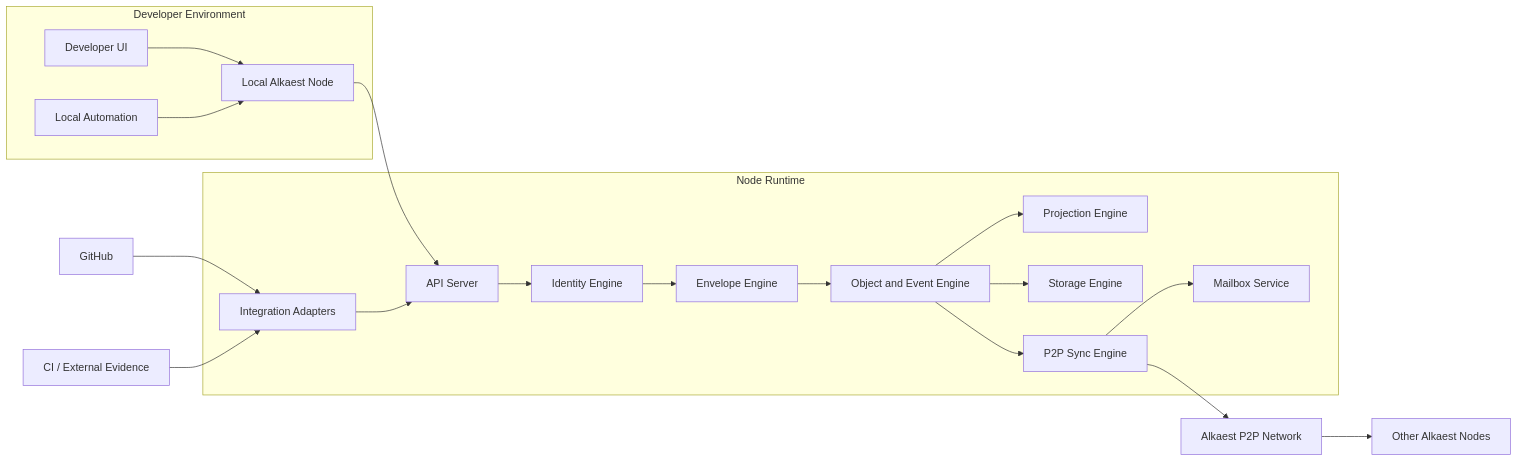
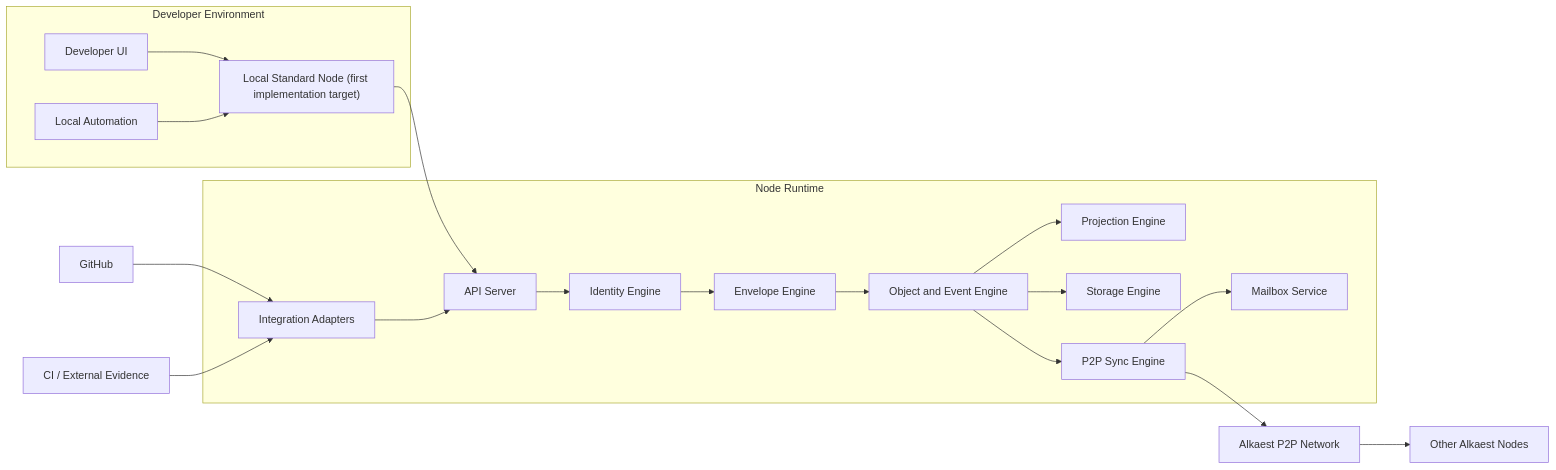
One commit to alkaest-network/alkaest changed the diagram in docs/diagrams/system-overview.md. Above: the diagram before and after it, drawn with Mermaid. The commit also changed other lines of this file and 60 other files, not shown here.

````diff
--- a/docs/diagrams/system-overview.md
+++ b/docs/diagrams/system-overview.md
@@ -3,42 +3,42 @@
 ```mermaid
 flowchart LR
     subgraph USER["Developer Environment"]
         UI["Developer UI"]
         AUTO["Local Automation"]
-        NODE["Local Alkaest Node"]
+        NODE["Local Standard Node (first implementation target)"]
         UI --> NODE
         AUTO --> NODE
     end
 
     subgraph NODE_RUNTIME["Node Runtime"]
         API["API Server"]
         ID["Identity Engine"]
         ENV["Envelope Engine"]
         OBJ["Object and Event Engine"]
         PROJ["Projection Engine"]
         STORE["Storage Engine"]
         SYNC["P2P Sync Engine"]
         MAIL["Mailbox Service"]
         ADAPTER["Integration Adapters"]
 
         NODE --> API
         API --> ID
         ID --> ENV
         ENV --> OBJ
         OBJ --> PROJ
         OBJ --> STORE
         OBJ --> SYNC
         SYNC --> MAIL
         ADAPTER --> API
     end
 
     GH["GitHub"]
     CI["CI / External Evidence"]
     P2P["Alkaest P2P Network"]
     PEERS["Other Alkaest Nodes"]
 
     GH --> ADAPTER
     CI --> ADAPTER
     SYNC --> P2P
     P2P --> PEERS
 ```
````
